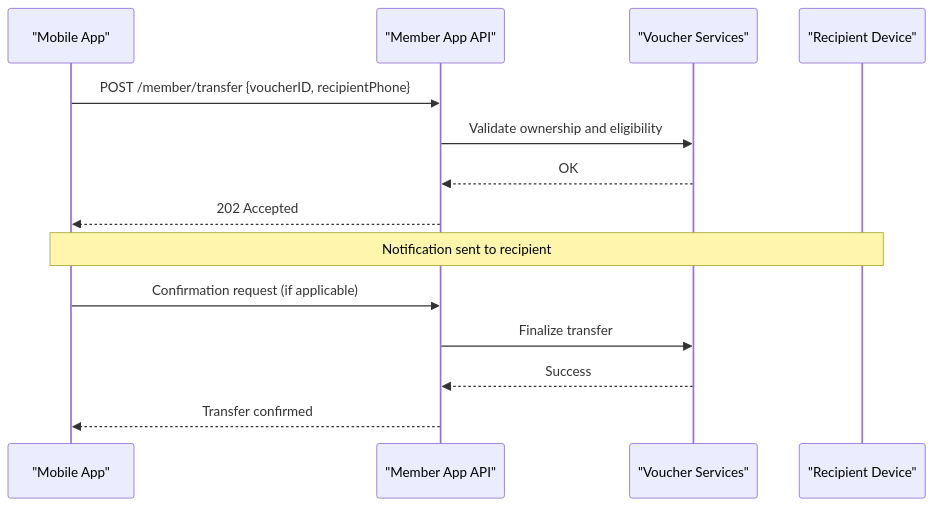
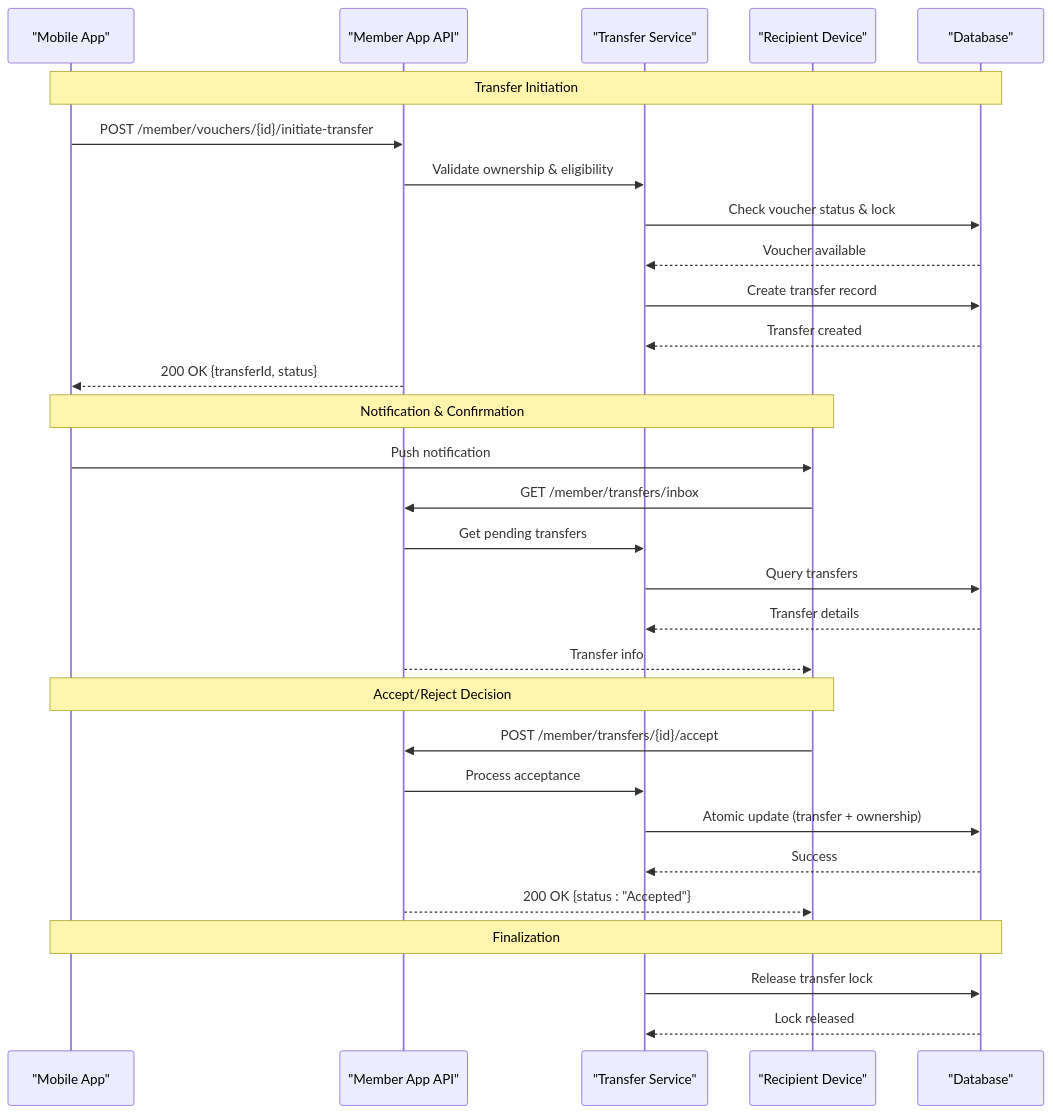
One commit to lamhongbac/NonCash changed the third of 4 diagrams in .qoder/repowiki/en/content/API Contracts and Integration/Member App API/Member App API.md. Above: the diagram before and after it, drawn with Mermaid. The commit also changed other lines of this file and 13 other files, not shown here.

````diff
--- a/.qoder/repowiki/en/content/API Contracts and Integration/Member App API/Member App API.md
+++ b/.qoder/repowiki/en/content/API Contracts and Integration/Member App API/Member App API.md
@@ -202,16 +381,32 @@
 ```mermaid
 sequenceDiagram
 participant Client as "Mobile App"
 participant API as "Member App API"
-participant VoucherSvc as "Voucher Services"
+participant TransferSvc as "Transfer Service"
 participant Recipient as "Recipient Device"
-Client->>API : POST /member/transfer {voucherID, recipientPhone}
-API->>VoucherSvc : Validate ownership and eligibility
-VoucherSvc-->>API : OK
-API-->>Client : 202 Accepted
-Note over Client,Recipient : Notification sent to recipient
-Client->>API : Confirmation request (if applicable)
-API->>VoucherSvc : Finalize transfer
-VoucherSvc-->>API : Success
-API-->>Client : Transfer confirmed
+participant DB as "Database"
+Note over Client,DB : Transfer Initiation
+Client->>API : POST /member/vouchers/{id}/initiate-transfer
+API->>TransferSvc : Validate ownership & eligibility
+TransferSvc->>DB : Check voucher status & lock
+DB-->>TransferSvc : Voucher available
+TransferSvc->>DB : Create transfer record
+DB-->>TransferSvc : Transfer created
+API-->>Client : 200 OK {transferId, status}
+Note over Client,Recipient : Notification & Confirmation
+Client->>Recipient : Push notification
+Recipient->>API : GET /member/transfers/inbox
+API->>TransferSvc : Get pending transfers
+TransferSvc->>DB : Query transfers
+DB-->>TransferSvc : Transfer details
+API-->>Recipient : Transfer info
+Note over Client,Recipient : Accept/Reject Decision
+Recipient->>API : POST /member/transfers/{id}/accept
+API->>TransferSvc : Process acceptance
+TransferSvc->>DB : Atomic update (transfer + ownership)
+DB-->>TransferSvc : Success
+API-->>Recipient : 200 OK {status : "Accepted"}
+Note over Client,DB : Finalization
+TransferSvc->>DB : Release transfer lock
+DB-->>TransferSvc : Lock released
 ```
````
